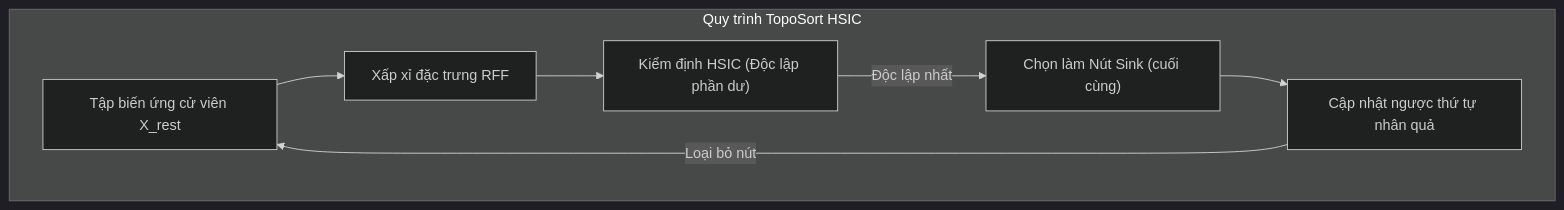
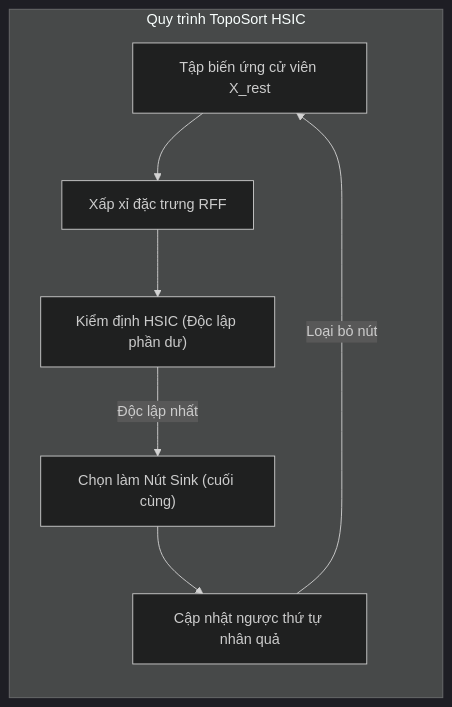
The second of 6 diagrams in docx/Chuong2_MoHinhDeepANM.md (manhthai1706/DeepANM), drawn with Mermaid (dark theme) before and after one commit.

Commit message:
Docs: Refactor Figure 2.2 TopoSort diagram to vertical layout

````diff
--- a/docx/Chuong2_MoHinhDeepANM.md
+++ b/docx/Chuong2_MoHinhDeepANM.md
@@ -56,10 +56,11 @@
 ```mermaid
 graph TD
     subgraph TopoSort ["Quy trình TopoSort HSIC"]
+        direction TB
         X["Tập biến ứng cử viên X_rest"] --> RFF["Xấp xỉ đặc trưng RFF"]
         RFF --> Sink_Test["Kiểm định HSIC (Độc lập phần dư)"]
         Sink_Test --> |"Độc lập nhất"| Sink_Node["Chọn làm Nút Sink (cuối cùng)"]
         Sink_Node --> Update["Cập nhật ngược thứ tự nhân quả"]
         Update --> |"Loại bỏ nút"| X
     end
 ```
````
